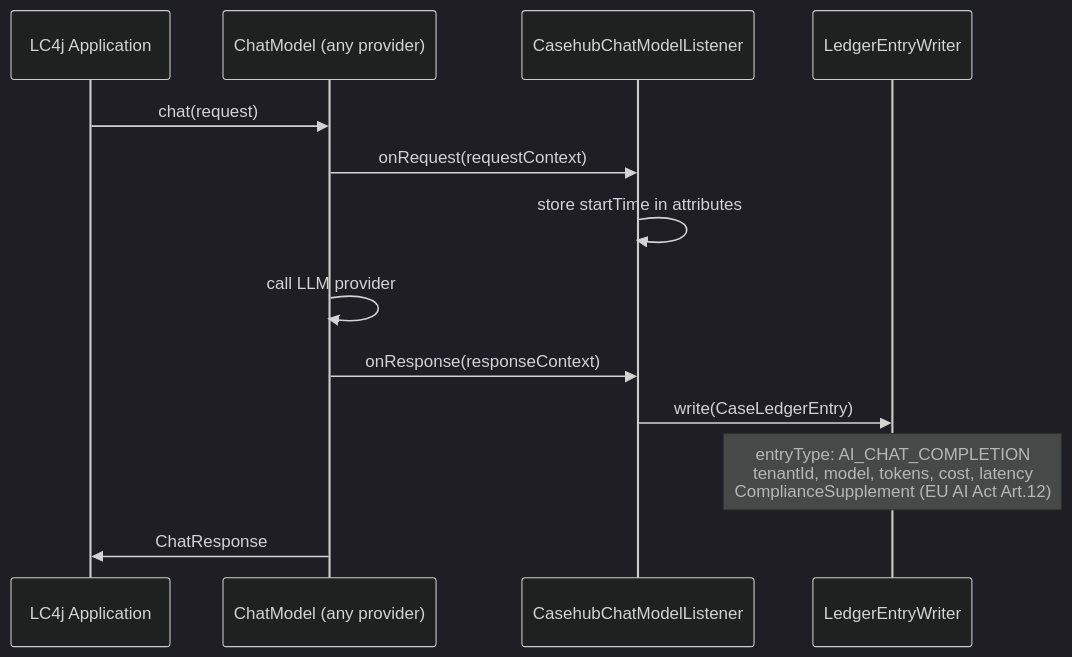
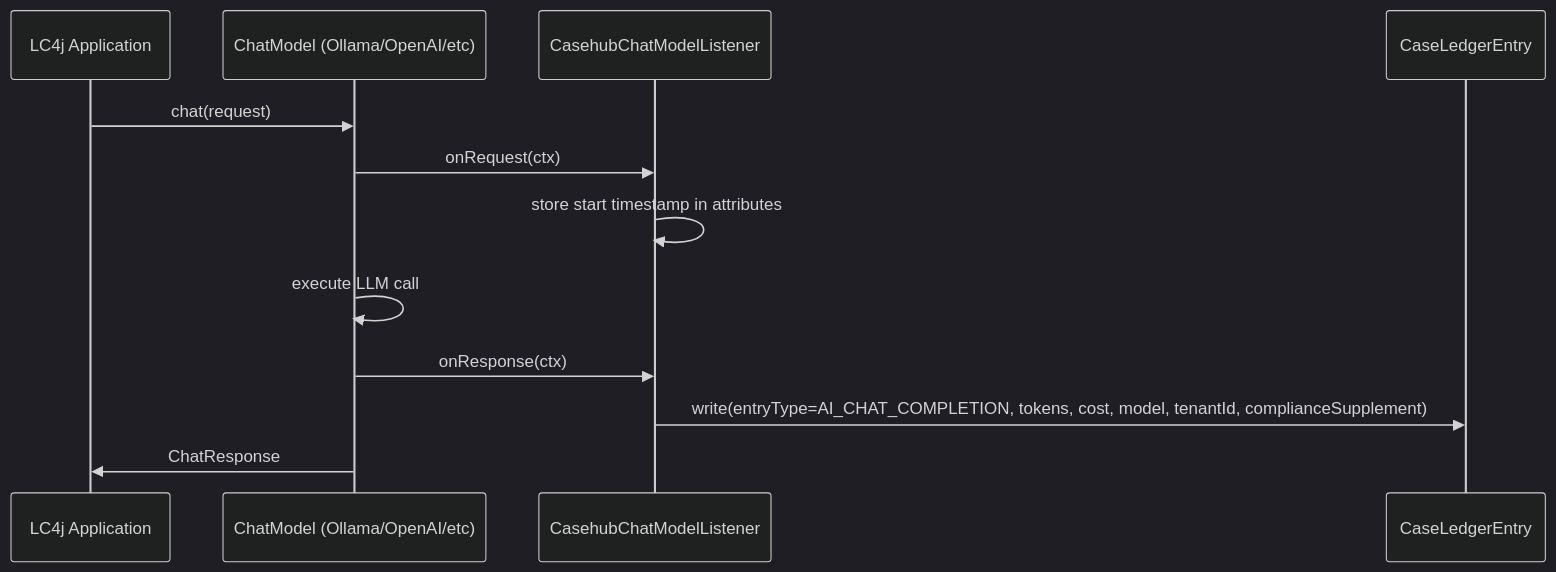
The third of 6 diagrams in ARC42STORIES.MD (casehubio/casehub-langchain4j), drawn with Mermaid (dark theme) before and after one commit. The commit also changed other lines of this file, not shown here.

````diff
--- a/ARC42STORIES.MD
+++ b/ARC42STORIES.MD
@@ -221,16 +203,15 @@
 ```mermaid
 sequenceDiagram
   participant App as LC4j Application
-  participant CM as ChatModel (any provider)
+  participant CM as ChatModel (Ollama/OpenAI/etc)
   participant Listener as CasehubChatModelListener
-  participant Ledger as LedgerEntryWriter
+  participant Ledger as CaseLedgerEntry
 
   App->>CM: chat(request)
-  CM->>Listener: onRequest(requestContext)
-  Listener->>Listener: store startTime in attributes
-  CM->>CM: call LLM provider
-  CM->>Listener: onResponse(responseContext)
-  Listener->>Ledger: write(CaseLedgerEntry)
-  Note over Ledger: entryType: AI_CHAT_COMPLETION<br/>tenantId, model, tokens, cost, latency<br/>ComplianceSupplement (EU AI Act Art.12)
+  CM->>Listener: onRequest(ctx)
+  Listener->>Listener: store start timestamp in attributes
+  CM->>CM: execute LLM call
+  CM->>Listener: onResponse(ctx)
+  Listener->>Ledger: write(entryType=AI_CHAT_COMPLETION, tokens, cost, model, tenantId, complianceSupplement)
   CM->>App: ChatResponse
 ```
````
